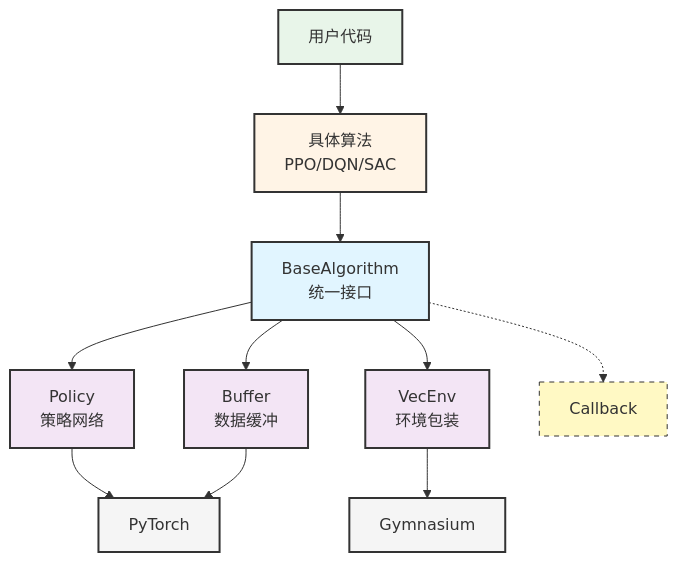
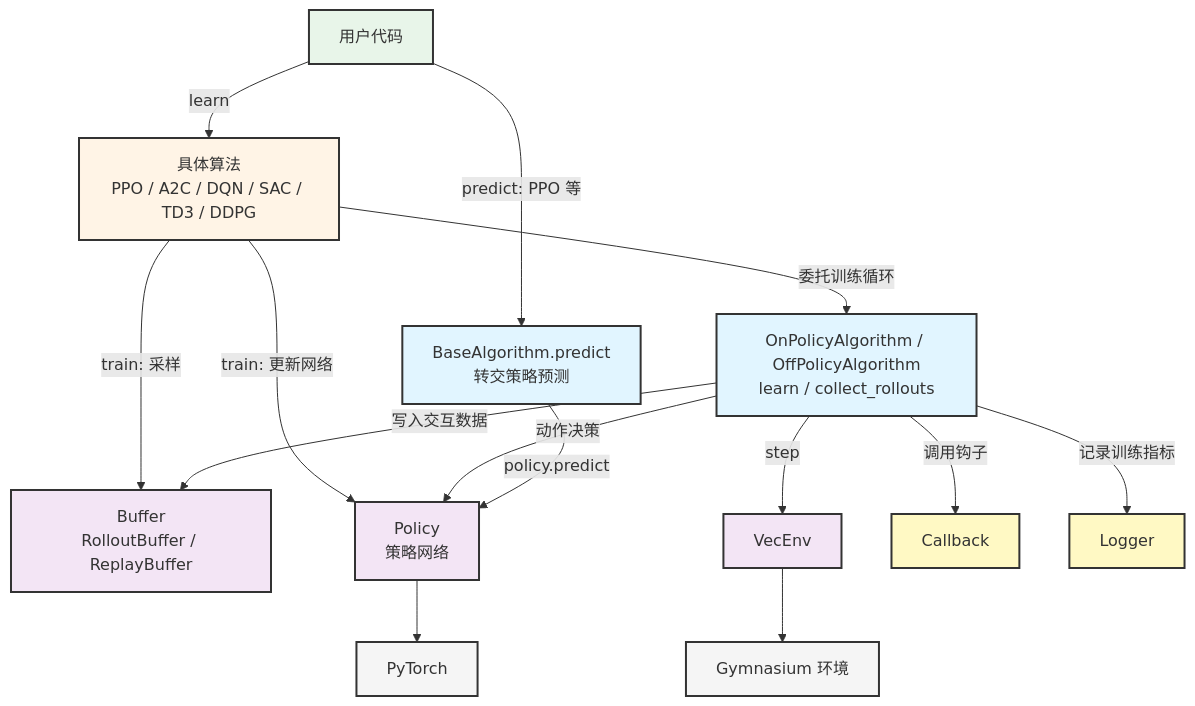
Before and after one commit to Jaschenn/sb3-llm-code-understanding: the second of 2 diagrams in docs/evidence/issues/issue-01.md, drawn with Mermaid. The commit also changed other lines of this file and 10 other files, not shown here.

Commit message:
Fix project map responsibilities, examples, and diagram sources

````diff
--- a/docs/evidence/issues/issue-01.md
+++ b/docs/evidence/issues/issue-01.md
@@ -83,35 +100,28 @@
 ```mermaid
 graph TD
-    A[用户代码]
-    B[具体算法<br/>PPO/DQN/SAC]
-    C[BaseAlgorithm<br/>统一接口]
-    
-    D[Policy<br/>策略网络]
-    E[Buffer<br/>数据缓冲]
-    F[VecEnv<br/>环境包装]
-    G[Callback]
-    
-    H[Gymnasium]
-    I[PyTorch]
-    
-    A --> B
-    B --> C
-    C --> D
-    C --> E
-    C --> F
-    C -.-> G
-    
-    F --> H
-    D --> I
-    E --> I
-    
-    style A fill:#e8f5e9,stroke:#333,stroke-width:2px
-    style B fill:#fff4e6,stroke:#333,stroke-width:2px
-    style C fill:#e1f5ff,stroke:#333,stroke-width:2px
-    style D fill:#f3e5f5,stroke:#333,stroke-width:2px
-    style E fill:#f3e5f5,stroke:#333,stroke-width:2px
-    style F fill:#f3e5f5,stroke:#333,stroke-width:2px
-    style G fill:#fff9c4,stroke:#333,stroke-width:1px,stroke-dasharray: 5 5
-    style H fill:#f5f5f5,stroke:#333,stroke-width:2px
-    style I fill:#f5f5f5,stroke:#333,stroke-width:2px
+    U[用户代码] -->|learn| A[具体算法<br/>PPO / A2C / DQN / SAC / TD3 / DDPG]
+    A -->|委托训练循环| T[OnPolicyAlgorithm / OffPolicyAlgorithm<br/>learn / collect_rollouts]
+    A -->|train: 采样| B[Buffer<br/>RolloutBuffer / ReplayBuffer]
+    A -->|train: 更新网络| P[Policy<br/>策略网络]
+    T -->|动作决策| P
+    T -->|写入交互数据| B
+    T -->|step| V[VecEnv]
+    T -->|调用钩子| C[Callback]
+    T -->|记录训练指标| L[Logger]
+    U -->|predict: PPO 等| X[BaseAlgorithm.predict<br/>转交策略预测]
+    X -->|policy.predict| P
+    V --> E[Gymnasium 环境]
+    P --> F[PyTorch]
+
+    style U fill:#e8f5e9,stroke:#333,stroke-width:2px
+    style A fill:#fff4e6,stroke:#333,stroke-width:2px
+    style T fill:#e1f5ff,stroke:#333,stroke-width:2px
+    style X fill:#e1f5ff,stroke:#333,stroke-width:2px
+    style P fill:#f3e5f5,stroke:#333,stroke-width:2px
+    style B fill:#f3e5f5,stroke:#333,stroke-width:2px
+    style V fill:#f3e5f5,stroke:#333,stroke-width:2px
+    style C fill:#fff9c4,stroke:#333,stroke-width:2px
+    style L fill:#fff9c4,stroke:#333,stroke-width:2px
+    style E fill:#f5f5f5,stroke:#333,stroke-width:2px
+    style F fill:#f5f5f5,stroke:#333,stroke-width:2px
 ```
````
